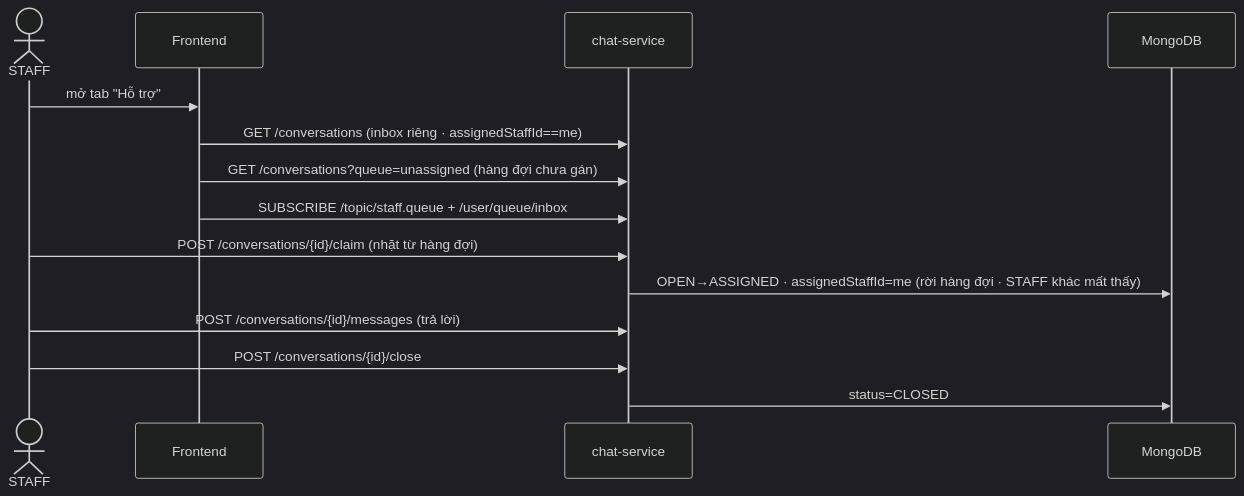
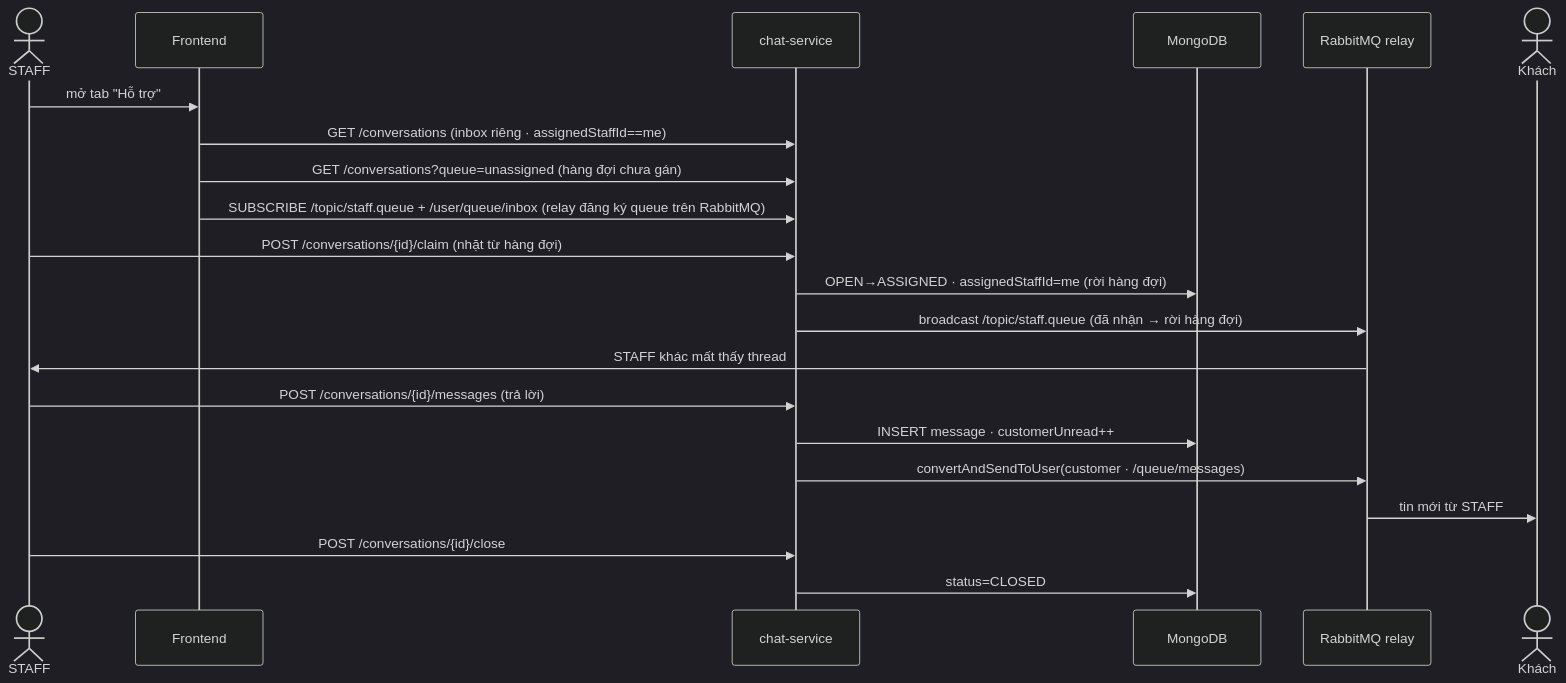
Before and after one commit to phucgigital03/BadmintonHub: the fourth of 6 diagrams in UC_Chatting.md, drawn with Mermaid (dark theme). The commit also changed other lines of this file and 1 other file, not shown here.

````diff
--- a/UC_Chatting.md
+++ b/UC_Chatting.md
@@ -313,17 +282,24 @@
 ```mermaid
 sequenceDiagram
     actor S as STAFF
     participant FE as Frontend
     participant CH as chat-service
     participant DB as MongoDB
+    participant MQ as RabbitMQ relay
+    actor C as Khách
 
     S->>FE: mở tab "Hỗ trợ"
     FE->>CH: GET /conversations (inbox riêng · assignedStaffId==me)
     FE->>CH: GET /conversations?queue=unassigned (hàng đợi chưa gán)
-    FE->>CH: SUBSCRIBE /topic/staff.queue + /user/queue/inbox
+    FE->>CH: SUBSCRIBE /topic/staff.queue + /user/queue/inbox (relay đăng ký queue trên RabbitMQ)
     S->>CH: POST /conversations/{id}/claim (nhặt từ hàng đợi)
-    CH->>DB: OPEN→ASSIGNED · assignedStaffId=me (rời hàng đợi · STAFF khác mất thấy)
+    CH->>DB: OPEN→ASSIGNED · assignedStaffId=me (rời hàng đợi)
+    CH->>MQ: broadcast /topic/staff.queue (đã nhận → rời hàng đợi)
+    MQ->>S: STAFF khác mất thấy thread
     S->>CH: POST /conversations/{id}/messages (trả lời)
+    CH->>DB: INSERT message · customerUnread++
+    CH->>MQ: convertAndSendToUser(customer · /queue/messages)
+    MQ->>C: tin mới từ STAFF
     S->>CH: POST /conversations/{id}/close
     CH->>DB: status=CLOSED
 ```
````
